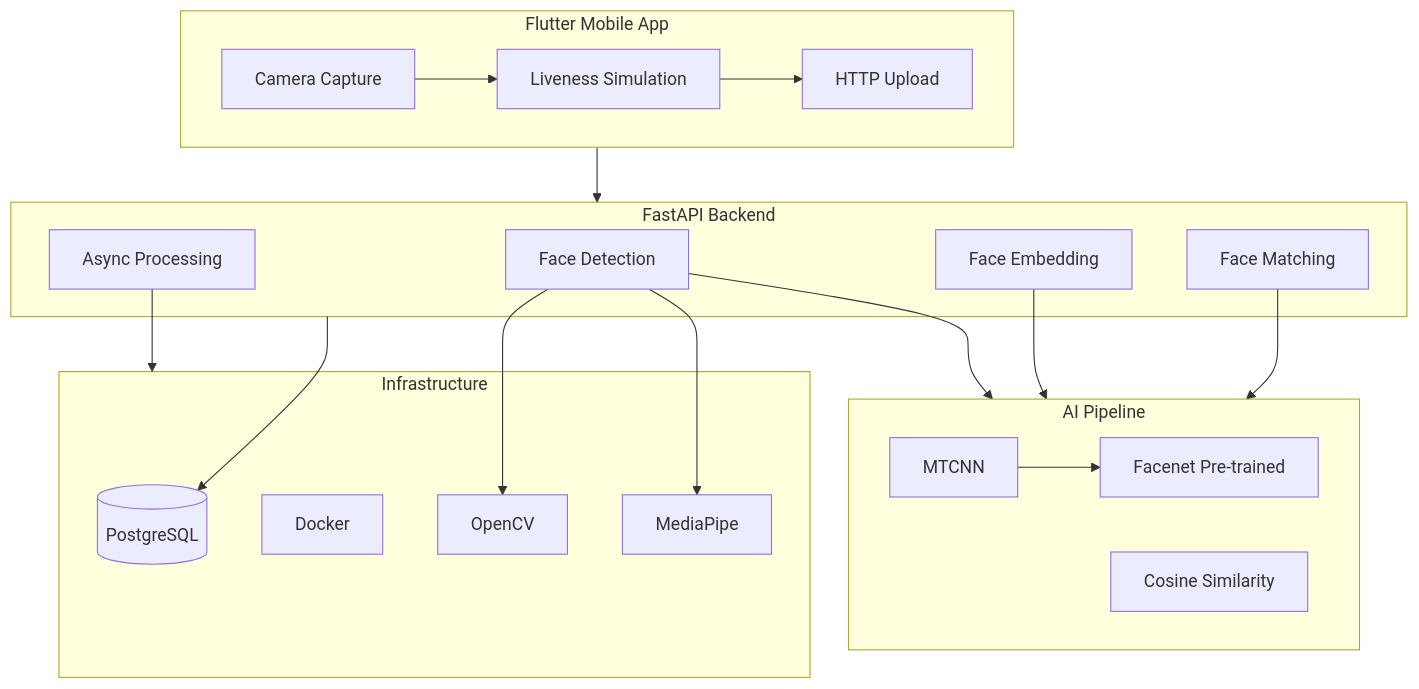
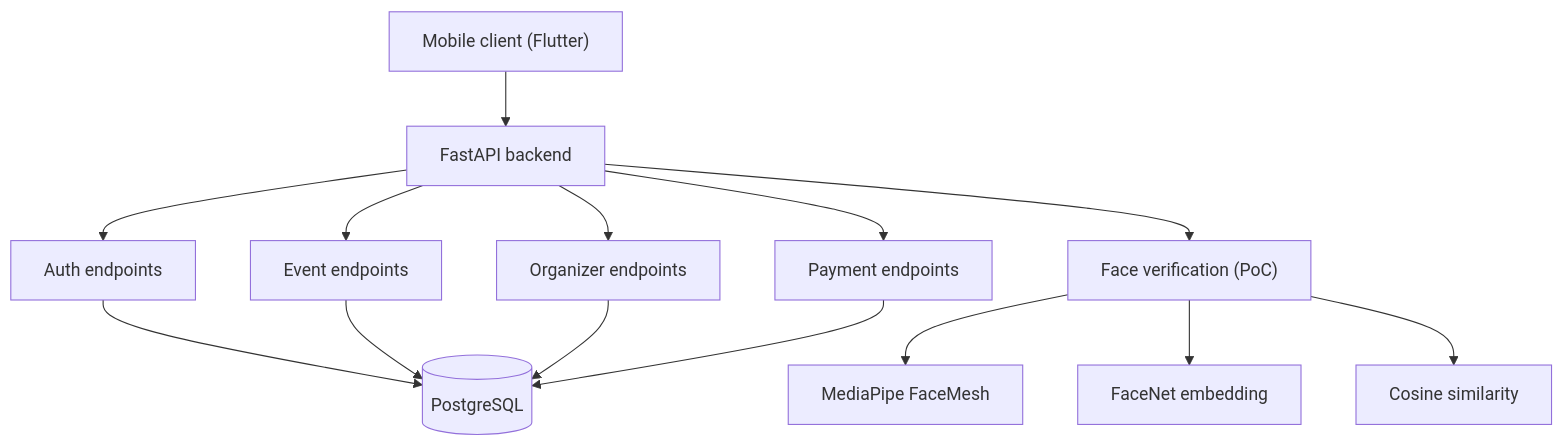
Before and after one commit to raihanachmad8/portofolio: the first of 3 diagrams in src/content/projects/fest-ticketing.mdx, drawn with Mermaid. The commit also changed other lines of this file and 16 other files, not shown here.

First line of the commit message:
feat: enrich all 11 project MDX with verified data and diagrams

````diff
--- a/src/content/projects/fest-ticketing.mdx
+++ b/src/content/projects/fest-ticketing.mdx
@@ -59,35 +51,16 @@
 ```mermaid
 flowchart TD
-    subgraph Mobile["Flutter Mobile App"]
-        A1["Camera Capture"] --> A2["Liveness Simulation"]
-        A2 --> A3["HTTP Upload"]
-    end
-
-    subgraph Backend["FastAPI Backend"]
-        B1["Face Detection"]
-        B2["Face Embedding"]
-        B3["Face Matching"]
-        B4["Async Processing"]
-    end
-
-    subgraph AI["AI Pipeline"]
-        C1["MTCNN"] --> C2["Facenet Pre-trained"]
-        C3["Cosine Similarity"]
-    end
-
-    subgraph Infra["Infrastructure"]
-        D1[("PostgreSQL")]
-        D2["Docker"]
-        D3["OpenCV"]
-        D4["MediaPipe"]
-    end
-
-    Mobile --> Backend
-    B1 --> AI
-    B2 --> AI
-    B3 --> AI
-    B4 --> Infra
-    B1 --> D3
-    B1 --> D4
-    Backend --> D1
+    A["Mobile client (Flutter)"] --> B["FastAPI backend"]
+    B --> C["Auth endpoints"]
+    B --> D["Event endpoints"]
+    B --> E["Organizer endpoints"]
+    B --> F["Payment endpoints"]
+    C --> G[("PostgreSQL")]
+    D --> G
+    E --> G
+    F --> G
+    B --> H["Face verification (PoC)"]
+    H --> I["MediaPipe FaceMesh"]
+    H --> J["FaceNet embedding"]
+    H --> K["Cosine similarity"]
 ```
````
